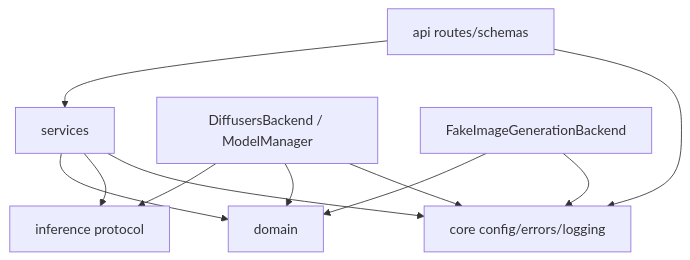
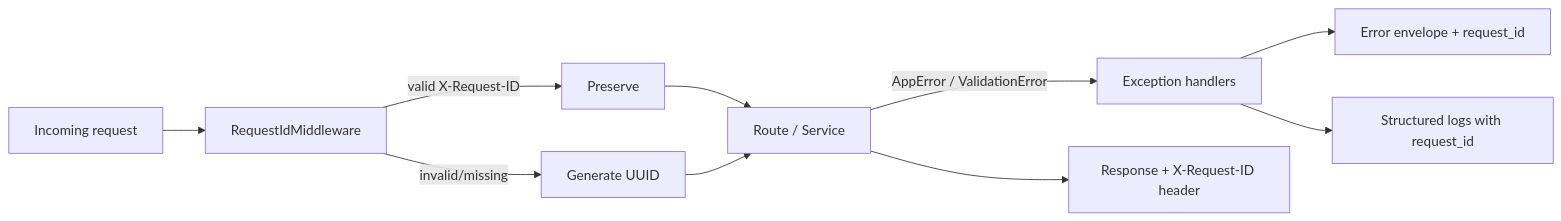
The fourth of 6 diagrams in ARCHITECTURE.md (skepticworks/Unity-AI-Asset-Generator), drawn with Mermaid before and after one commit. The commit also changed other lines of this file and 149 other files, not shown here.

````diff
--- a/ARCHITECTURE.md
+++ b/ARCHITECTURE.md
@@ -49,21 +133,12 @@
 ```mermaid
-flowchart TB
-    API[api routes/schemas]
-    Services[services]
-    Domain[domain]
-    Inference[inference protocol]
-    Diffusers[DiffusersBackend / ModelManager]
-    Fake[FakeImageGenerationBackend]
-    Core[core config/errors/logging]
-
-    API --> Services
-    API --> Core
-    Services --> Domain
-    Services --> Inference
-    Services --> Core
-    Diffusers --> Inference
-    Diffusers --> Domain
-    Diffusers --> Core
-    Fake --> Domain
-    Fake --> Core
+flowchart LR
+  Req[Incoming request] --> MW[RequestIdMiddleware]
+  MW -->|valid X-Request-ID| Keep[Preserve]
+  MW -->|invalid/missing| Mint[Generate UUID]
+  Keep --> Handler
+  Mint --> Handler[Route / Service]
+  Handler -->|AppError / ValidationError| EH[Exception handlers]
+  EH --> Env[Error envelope + request_id]
+  EH --> Log[Structured logs with request_id]
+  Handler --> Resp[Response + X-Request-ID header]
 ```
````
